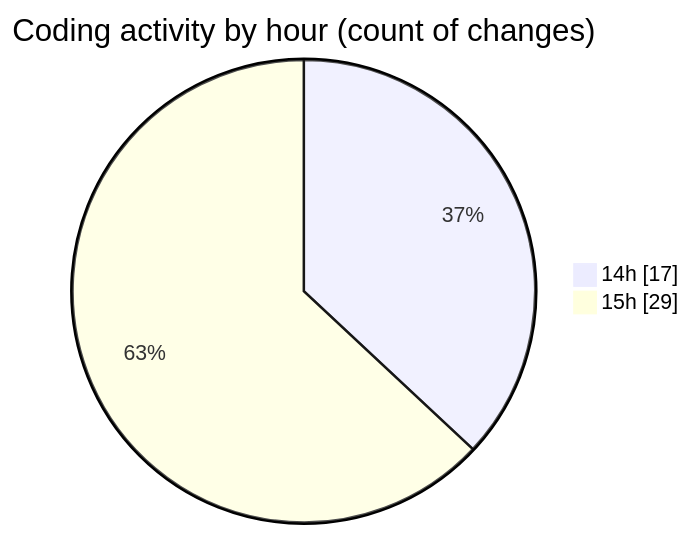
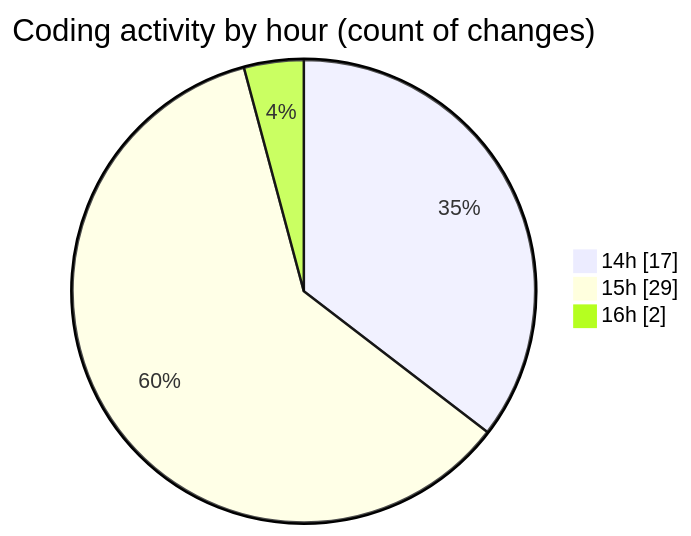
Before and after one commit to donsfak/code-tracking: the second of 2 diagrams in 2025-04-10/trackers_app/README.md, drawn with Mermaid. The commit also changed other lines of this file and 1 other file, not shown here.

````diff
--- a/2025-04-10/trackers_app/README.md
+++ b/2025-04-10/trackers_app/README.md
@@ -42,6 +43,7 @@
 ```mermaid
 pie showData
 title Coding activity by hour (count of changes)
 "14h" : 17
 "15h" : 29
+"16h" : 2
 ```
````
